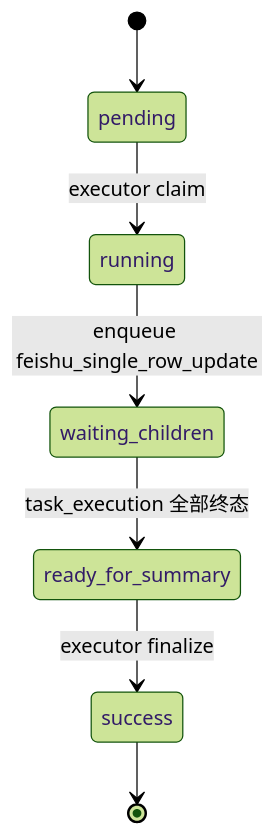
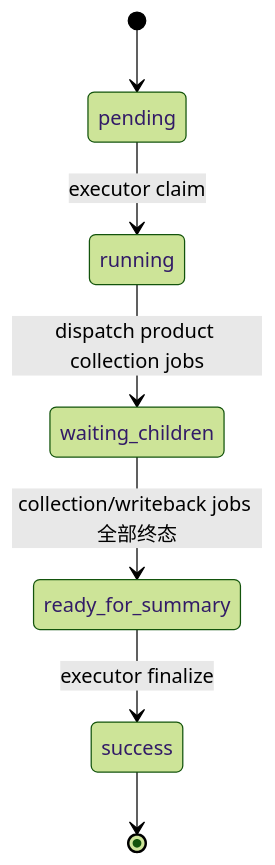
Before and after one commit to knighterrantsky/mujitask: the third of 5 diagrams in docs/arch/workflow-competitor-table-design.md, drawn with Mermaid (forest theme). The commit also changed other lines of this file and 53 other files, not shown here.

````diff
--- a/docs/arch/workflow-competitor-table-design.md
+++ b/docs/arch/workflow-competitor-table-design.md
@@ -60,9 +124,9 @@
 ```mermaid
 stateDiagram-v2
     [*] --> pending
     pending --> running: executor claim
-    running --> waiting_children: enqueue feishu_single_row_update
-    waiting_children --> ready_for_summary: task_execution 全部终态
+    running --> waiting_children: dispatch product collection jobs
+    waiting_children --> ready_for_summary: collection/writeback jobs 全部终态
     ready_for_summary --> success: executor finalize
     success --> [*]
 ```
````
